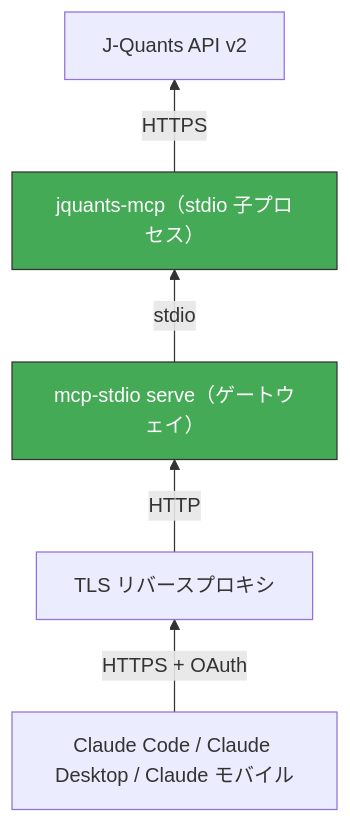
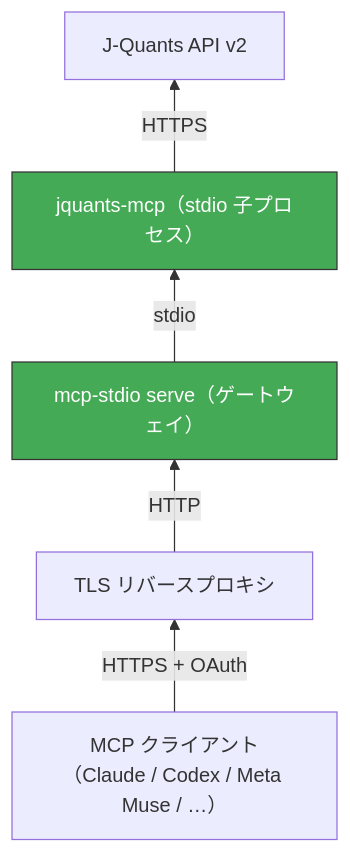
One commit to shigechika/jquants-mcp changed the fourth of 5 diagrams in docs/deploy/README.ja.md. Above: the diagram before and after it, drawn with Mermaid. The commit also changed other lines of this file and 15 other files, not shown here.

First line of the commit message:
docs: show jquants-mcp works with non-Claude MCP clients (Codex, Meta Muse) (#644)

````diff
--- a/docs/deploy/README.ja.md
+++ b/docs/deploy/README.ja.md
@@ -83,16 +83,16 @@
 ```mermaid
 graph BT
     E["J-Quants API v2"]
     D["jquants-mcp（stdio 子プロセス）"]
     C["mcp-stdio serve（ゲートウェイ）"]
     B["TLS リバースプロキシ"]
-    A["Claude Code / Claude Desktop / Claude モバイル"]
+    A["MCP クライアント（Claude / Codex / Meta Muse / …）"]
 
     A -->|"HTTPS + OAuth"| B
     B -->|HTTP| C
     C -->|stdio| D
     D -->|HTTPS| E
 
     style C fill:#4a5,stroke:#333,color:#fff
     style D fill:#4a5,stroke:#333,color:#fff
 ```
````
